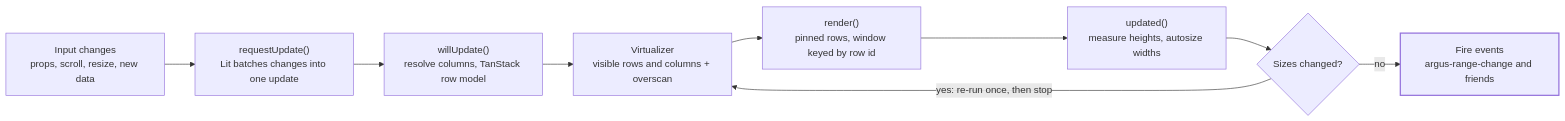
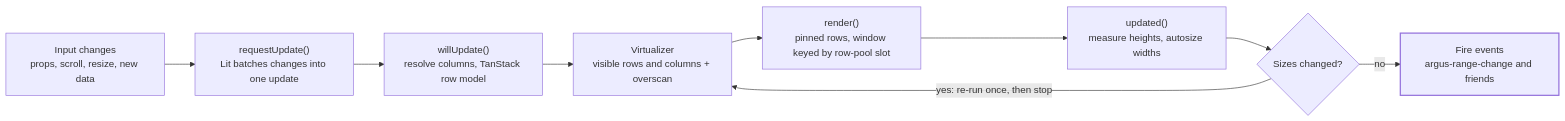
Before and after one commit to Joessst-Dev/argus-table: the diagram in docs/plan/code-architecture/02-render-cycle.md, drawn with Mermaid. The commit also changed 9 other files, not shown here.

````diff
--- a/docs/plan/code-architecture/02-render-cycle.md
+++ b/docs/plan/code-architecture/02-render-cycle.md
@@ -9,14 +9,14 @@
 ```mermaid
 flowchart LR
     change["Input changes<br/>props, scroll, resize, new data"] --> request["requestUpdate()<br/>Lit batches changes into one update"]
     request --> will["willUpdate()<br/>resolve columns, TanStack row model"]
     will --> virt["Virtualizer<br/>visible rows and columns + overscan"]
-    virt --> render["render()<br/>pinned rows, window keyed by row id"]
+    virt --> render["render()<br/>pinned rows, window keyed by row-pool slot"]
     render --> measure["updated()<br/>measure heights, autosize widths"]
     measure --> sizes{"Sizes changed?"}
     sizes -- "yes: re-run once, then stop" --> virt
     sizes -- no --> events["Fire events<br/>argus-range-change and friends"]
 
     classDef main stroke-width:2px
     class events main
 ```
````
